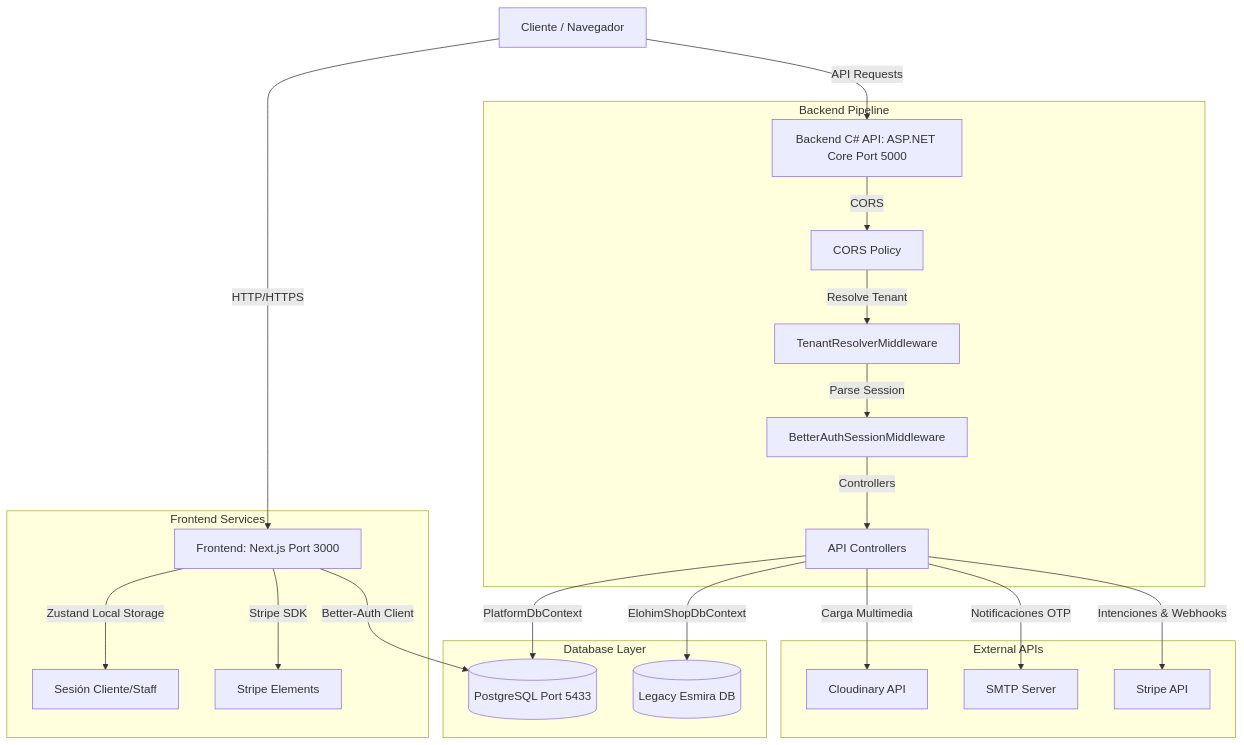
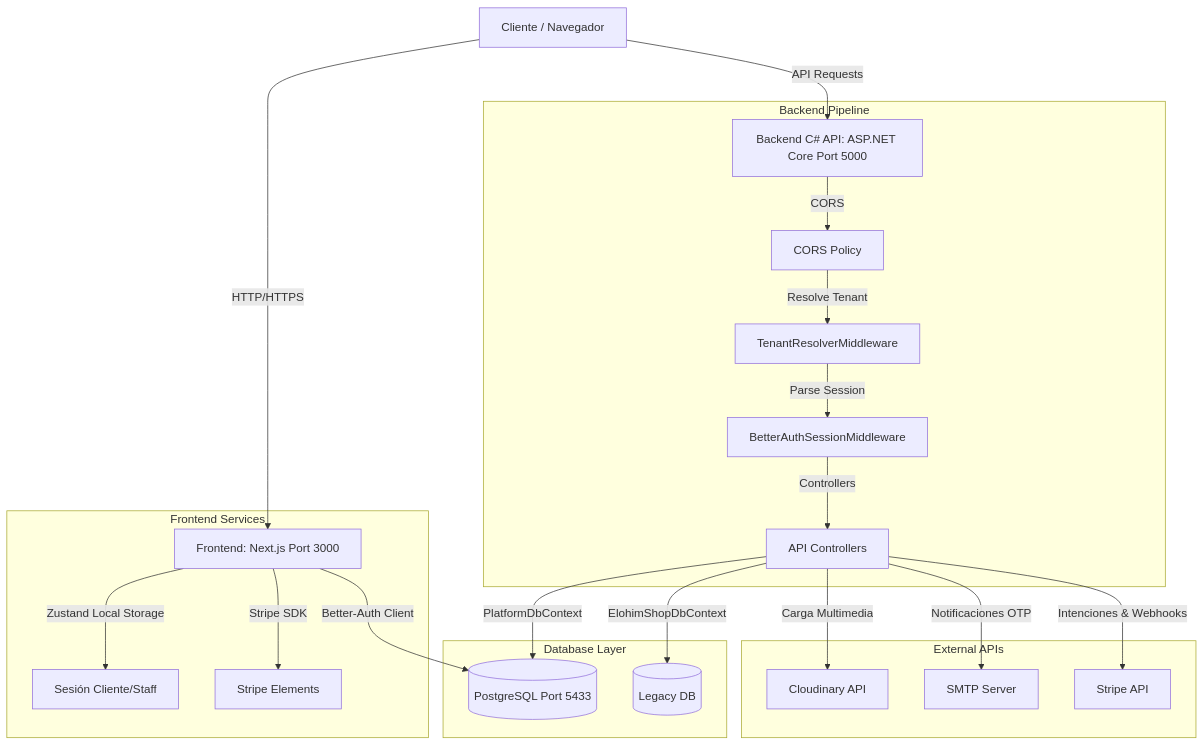
Before and after one commit to Ivan2807/CC3090-inversiones-elohim-solution: the diagram in README.md, drawn with Mermaid. The commit also changed other lines of this file and 1 other file, not shown here.

````diff
--- a/README.md
+++ b/README.md
@@ -26,29 +26,29 @@
 ```mermaid
 graph TD
     Client[Cliente / Navegador] -->|HTTP/HTTPS| Frontend[Frontend: Next.js Port 3000]
     Client -->|API Requests| Backend[Backend C# API: ASP.NET Core Port 5000]
     
     subgraph Frontend Services
         Frontend -->|Zustand Local Storage| Store[Sesión Cliente/Staff]
         Frontend -->|Stripe SDK| StripeService[Stripe Elements]
     end
 
     subgraph Backend Pipeline
         Backend -->|CORS| BCors[CORS Policy]
         BCors -->|Resolve Tenant| BResolver[TenantResolverMiddleware]
         BResolver -->|Parse Session| BAuth[BetterAuthSessionMiddleware]
         BAuth -->|Controllers| BControllers[API Controllers]
     end
 
     subgraph Database Layer
         BControllers -->|PlatformDbContext| DB[(PostgreSQL Port 5433)]
-        BControllers -->|ElohimShopDbContext| DB_Legacy[(Legacy Esmira DB)]
+        BControllers -->|ElohimShopDbContext| DB_Legacy[(Legacy DB)]
         Frontend -->|Better-Auth Client| DB
     end
 
     subgraph External APIs
         BControllers -->|Carga Multimedia| Cloudinary[Cloudinary API]
         BControllers -->|Notificaciones OTP| SMTP[SMTP Server]
         BControllers -->|Intenciones & Webhooks| StripeAPI[Stripe API]
     end
 ```
````
